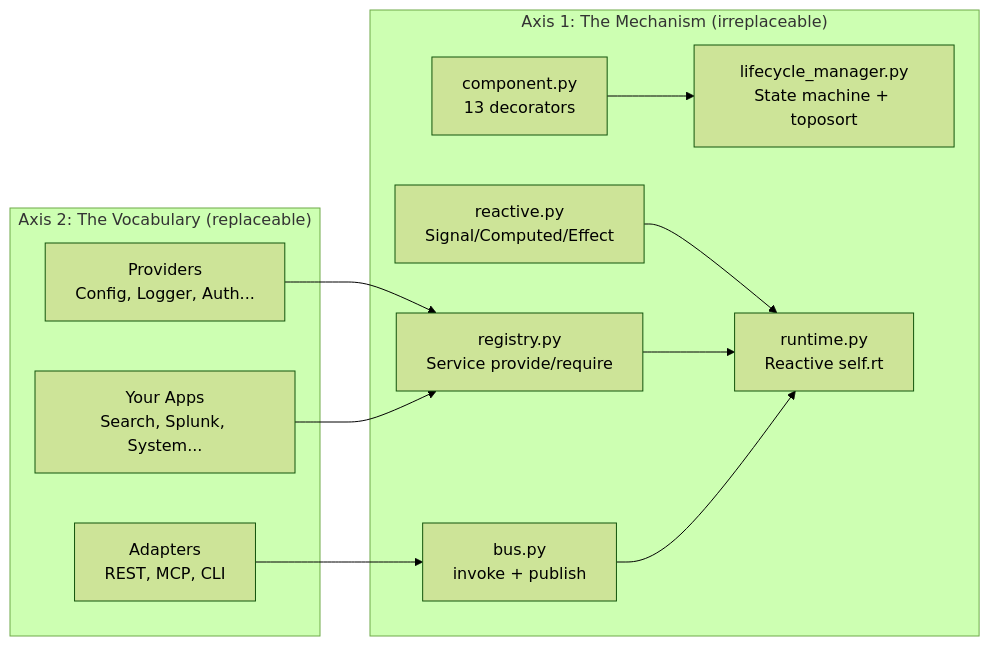
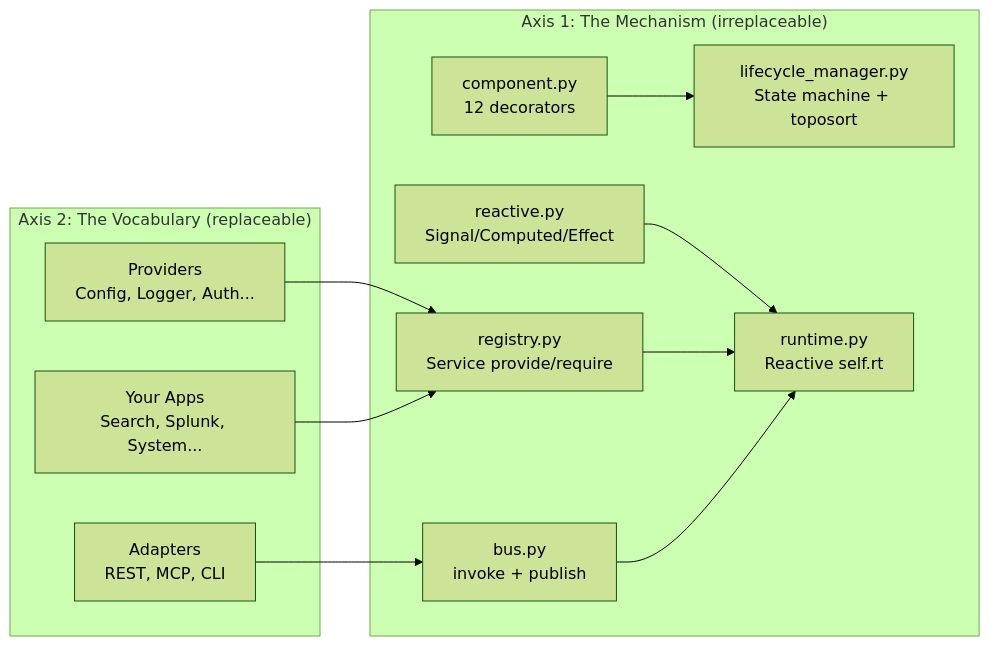
The first of 2 diagrams in docs/concepts/architecture.qmd (bayeslearner/plugkit), drawn with Mermaid (forest theme) before and after one commit. The commit also changed other lines of this file and 17 other files, not shown here.

````diff
--- a/docs/concepts/architecture.qmd
+++ b/docs/concepts/architecture.qmd
@@ -25,25 +25,25 @@
 ```{mermaid}
 graph LR
     subgraph "Axis 1: The Mechanism (irreplaceable)"
         R[reactive.py<br/>Signal/Computed/Effect]
-        C[component.py<br/>13 decorators]
+        C[component.py<br/>12 decorators]
         L[lifecycle_manager.py<br/>State machine + toposort]
         REG[registry.py<br/>Service provide/require]
         B[bus.py<br/>invoke + publish]
         RT[runtime.py<br/>Reactive self.rt]
     end
 
     subgraph "Axis 2: The Vocabulary (replaceable)"
         P[Providers<br/>Config, Logger, Auth...]
         A[Adapters<br/>REST, MCP, CLI]
         U[Your Apps<br/>Search, Splunk, System...]
     end
 
     R --> RT
     C --> L
     REG --> RT
     B --> RT
     P --> REG
     A --> B
     U --> REG
 ```
````
